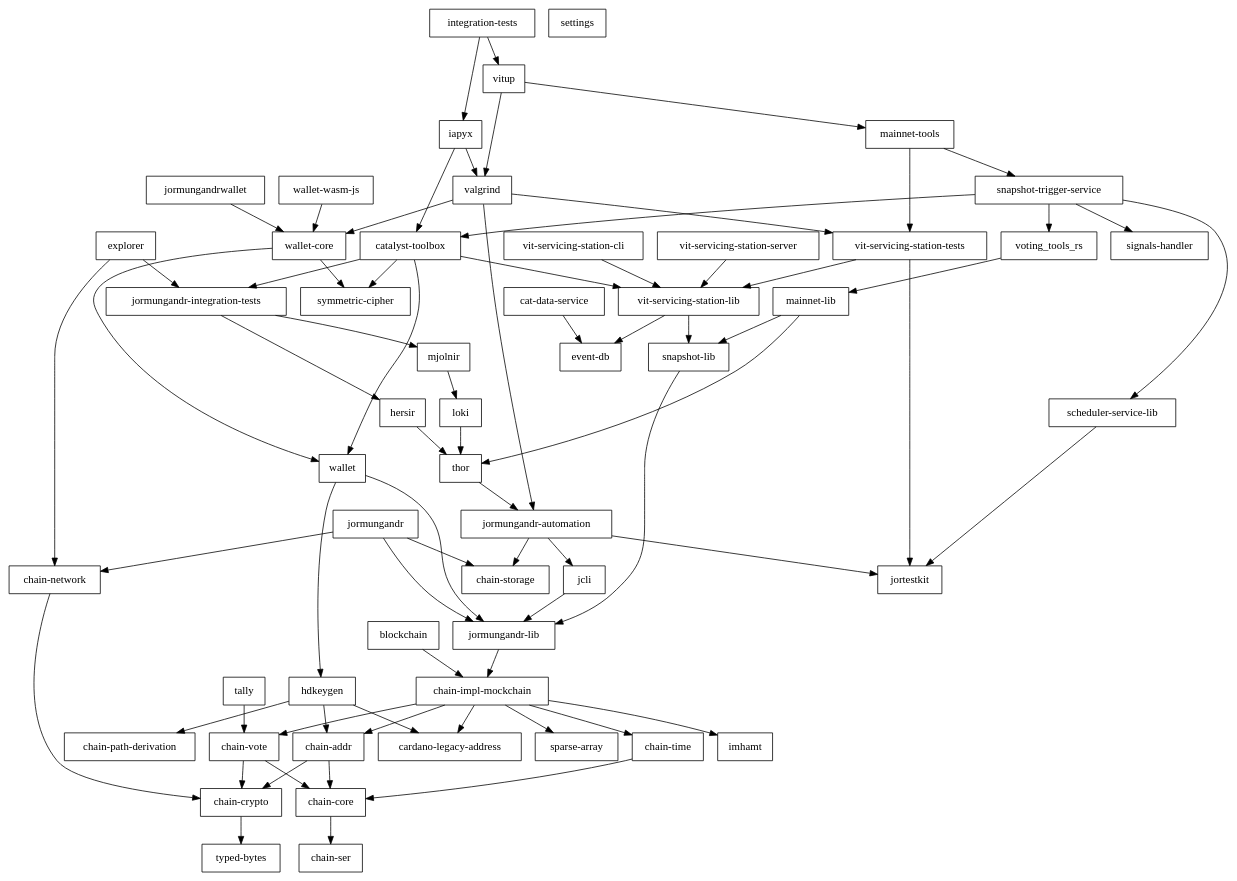
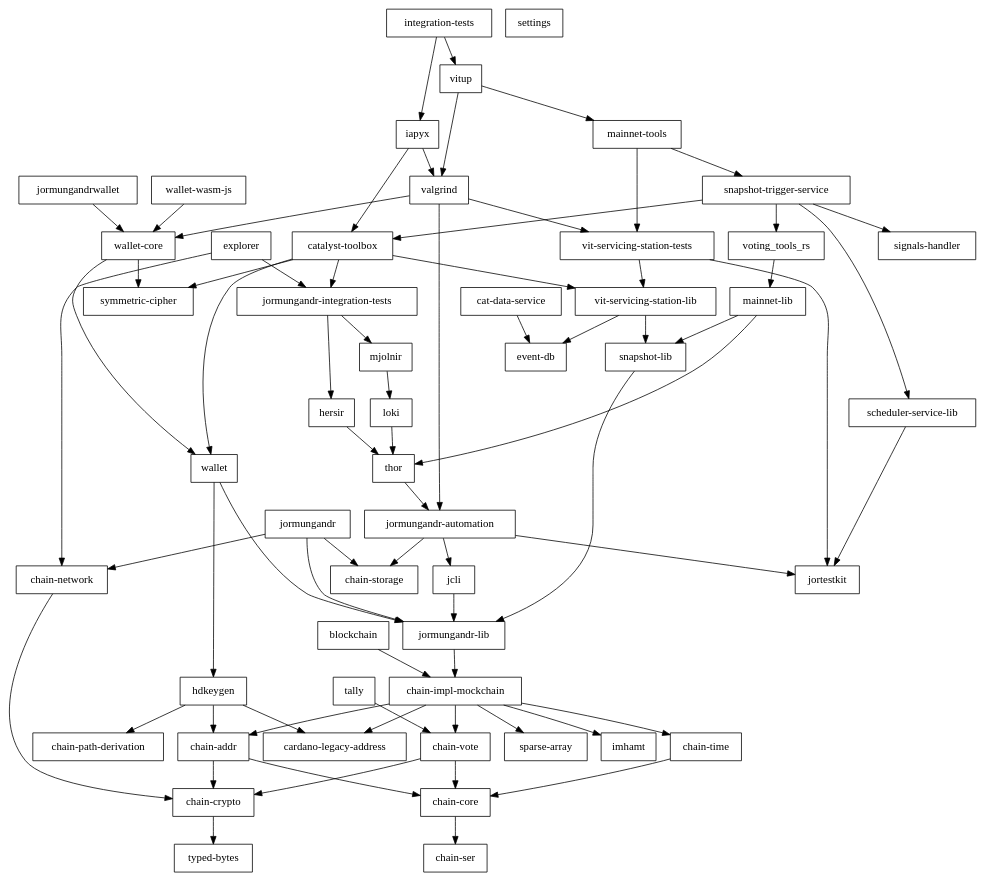
Before and after one commit to input-output-hk/catalyst-core: the diagram in refactor/event-db/06_rust_api/rust/doc/workspace.depgraph.dot, drawn with Graphviz. The commit also changed 303 other files, not shown here.

```diff
--- a/refactor/event-db/06_rust_api/rust/doc/workspace.depgraph.dot
+++ b/refactor/event-db/06_rust_api/rust/doc/workspace.depgraph.dot
@@ -1,126 +1,122 @@
 digraph {
     0 [ label = "catalyst-toolbox" shape = box]
     1 [ label = "chain-addr" shape = box]
     2 [ label = "chain-core" shape = box]
     3 [ label = "chain-ser" shape = box]
     4 [ label = "chain-crypto" shape = box]
     5 [ label = "typed-bytes" shape = box]
     6 [ label = "chain-impl-mockchain" shape = box]
     7 [ label = "cardano-legacy-address" shape = box]
     8 [ label = "chain-time" shape = box]
     9 [ label = "chain-vote" shape = box]
     10 [ label = "imhamt" shape = box]
     11 [ label = "sparse-array" shape = box]
     12 [ label = "chain-storage" shape = box]
     13 [ label = "jcli" shape = box]
     14 [ label = "jormungandr-lib" shape = box]
     15 [ label = "jormungandr-automation" shape = box]
     16 [ label = "jortestkit" shape = box]
     17 [ label = "jormungandr-integration-tests" shape = box]
     18 [ label = "hersir" shape = box]
     19 [ label = "thor" shape = box]
     20 [ label = "loki" shape = box]
     21 [ label = "mjolnir" shape = box]
     22 [ label = "snapshot-lib" shape = box]
     23 [ label = "symmetric-cipher" shape = box]
     24 [ label = "vit-servicing-station-lib" shape = box]
     25 [ label = "event-db" shape = box]
     26 [ label = "vit-servicing-station-tests" shape = box]
     27 [ label = "wallet" shape = box]
     28 [ label = "chain-path-derivation" shape = box]
     29 [ label = "hdkeygen" shape = box]
     30 [ label = "chain-network" shape = box]
     31 [ label = "jormungandrwallet" shape = box]
     32 [ label = "wallet-core" shape = box]
     33 [ label = "wallet-wasm-js" shape = box]
     34 [ label = "jormungandr" shape = box]
     35 [ label = "explorer" shape = box]
     36 [ label = "settings" shape = box]
     37 [ label = "blockchain" shape = box]
-    38 [ label = "vit-servicing-station-server" shape = box]
-    39 [ label = "vit-servicing-station-cli" shape = box]
-    40 [ label = "iapyx" shape = box]
-    41 [ label = "valgrind" shape = box]
-    42 [ label = "vitup" shape = box]
-    43 [ label = "mainnet-lib" shape = box]
-    44 [ label = "mainnet-tools" shape = box]
-    45 [ label = "scheduler-service-lib" shape = box]
-    46 [ label = "signals-handler" shape = box]
-    47 [ label = "snapshot-trigger-service" shape = box]
-    48 [ label = "voting_tools_rs" shape = box]
-    49 [ label = "integration-tests" shape = box]
-    50 [ label = "cat-data-service" shape = box]
-    51 [ label = "tally" shape = box]
+    38 [ label = "iapyx" shape = box]
+    39 [ label = "valgrind" shape = box]
+    40 [ label = "vitup" shape = box]
+    41 [ label = "mainnet-lib" shape = box]
+    42 [ label = "mainnet-tools" shape = box]
+    43 [ label = "scheduler-service-lib" shape = box]
+    44 [ label = "signals-handler" shape = box]
+    45 [ label = "snapshot-trigger-service" shape = box]
+    46 [ label = "voting_tools_rs" shape = box]
+    47 [ label = "integration-tests" shape = box]
+    48 [ label = "cat-data-service" shape = box]
+    49 [ label = "tally" shape = box]
     0 -> 17 [ ]
     0 -> 23 [ ]
     0 -> 24 [ ]
     0 -> 27 [ ]
     1 -> 2 [ ]
     1 -> 4 [ ]
     2 -> 3 [ ]
     4 -> 5 [ ]
     6 -> 7 [ ]
     6 -> 1 [ ]
     6 -> 8 [ ]
     6 -> 9 [ ]
     6 -> 10 [ ]
     6 -> 11 [ ]
     8 -> 2 [ ]
     9 -> 2 [ ]
     9 -> 4 [ ]
     13 -> 14 [ ]
     14 -> 6 [ ]
     15 -> 12 [ ]
     15 -> 13 [ ]
     15 -> 16 [ ]
     17 -> 18 [ ]
     17 -> 21 [ ]
     18 -> 19 [ ]
     19 -> 15 [ ]
     20 -> 19 [ ]
     21 -> 20 [ ]
     22 -> 14 [ ]
     24 -> 25 [ ]
     24 -> 22 [ ]
     26 -> 16 [ ]
     26 -> 24 [ ]
     27 -> 29 [ ]
     27 -> 14 [ ]
     29 -> 7 [ ]
     29 -> 1 [ ]
     29 -> 28 [ ]
     30 -> 4 [ ]
     31 -> 32 [ ]
     32 -> 23 [ ]
     32 -> 27 [ ]
     33 -> 32 [ ]
     34 -> 30 [ ]
     34 -> 12 [ ]
     34 -> 14 [ ]
     35 -> 30 [ ]
     35 -> 17 [ ]
     37 -> 6 [ ]
-    38 -> 24 [ ]
-    39 -> 24 [ ]
-    40 -> 0 [ ]
-    40 -> 41 [ ]
-    41 -> 15 [ ]
-    41 -> 26 [ ]
-    41 -> 32 [ ]
-    42 -> 44 [ ]
-    42 -> 41 [ ]
-    43 -> 22 [ ]
-    43 -> 19 [ ]
-    44 -> 47 [ ]
-    44 -> 26 [ ]
-    45 -> 16 [ ]
-    47 -> 0 [ ]
-    47 -> 45 [ ]
-    47 -> 46 [ ]
-    47 -> 48 [ ]
-    48 -> 43 [ ]
-    49 -> 40 [ ]
-    49 -> 42 [ ]
-    50 -> 25 [ ]
-    51 -> 9 [ ]
+    38 -> 0 [ ]
+    38 -> 39 [ ]
+    39 -> 15 [ ]
+    39 -> 26 [ ]
+    39 -> 32 [ ]
+    40 -> 42 [ ]
+    40 -> 39 [ ]
+    41 -> 22 [ ]
+    41 -> 19 [ ]
+    42 -> 45 [ ]
+    42 -> 26 [ ]
+    43 -> 16 [ ]
+    45 -> 0 [ ]
+    45 -> 43 [ ]
+    45 -> 44 [ ]
+    45 -> 46 [ ]
+    46 -> 41 [ ]
+    47 -> 38 [ ]
+    47 -> 40 [ ]
+    48 -> 25 [ ]
+    49 -> 9 [ ]
 }
```
